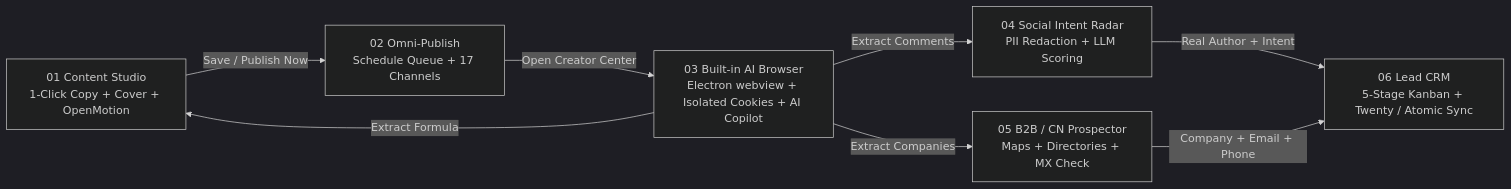
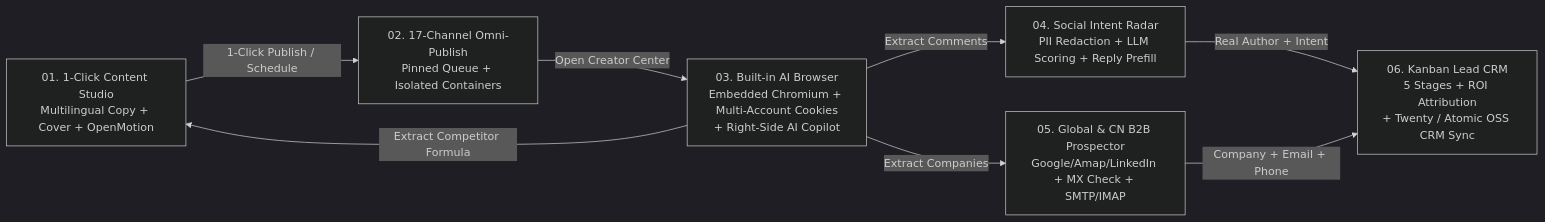
One commit to qiangenping/biaomai-lingshu changed the diagram in README.md. Above: the diagram before and after it, drawn with Mermaid (dark theme). The commit also changed other lines of this file and 2 other files, not shown here.

Commit message:
docs(readme): elevate global README with hero banner, SaaS comparison, full module deep-dive, and plugin matrix

````diff
--- a/README.md
+++ b/README.md
@@ -34,10 +51,10 @@
 ```mermaid
 flowchart LR
-    A["01 Content Studio<br/>1-Click Copy + Cover + OpenMotion"] -->|"Save / Publish Now"| B["02 Omni-Publish<br/>Schedule Queue + 17 Channels"]
-    B -->|"Open Creator Center"| W["03 Built-in AI Browser<br/>Electron webview + Isolated Cookies + AI Copilot"]
-    W -->|"Extract Comments"| C["04 Social Intent Radar<br/>PII Redaction + LLM Scoring"]
-    W -->|"Extract Companies"| D["05 B2B / CN Prospector<br/>Maps + Directories + MX Check"]
-    W -->|"Extract Formula"| A
-    C -->|"Real Author + Intent"| E["06 Lead CRM<br/>5-Stage Kanban + Twenty / Atomic Sync"]
+    A["01. 1-Click Content Studio<br/>Multilingual Copy + Cover + OpenMotion"] -->|"1-Click Publish / Schedule"| B["02. 17-Channel Omni-Publish<br/>Pinned Queue + Isolated Containers"]
+    B -->|"Open Creator Center"| W["03. Built-in AI Browser<br/>Embedded Chromium + Multi-Account Cookies<br/>+ Right-Side AI Copilot"]
+    W -->|"Extract Comments"| C["04. Social Intent Radar<br/>PII Redaction + LLM Scoring + Reply Prefill"]
+    W -->|"Extract Companies"| D["05. Global & CN B2B Prospector<br/>Google/Amap/LinkedIn + MX Check + SMTP/IMAP"]
+    W -->|"Extract Competitor Formula"| A
+    C -->|"Real Author + Intent"| E["06. Kanban Lead CRM<br/>5 Stages + ROI Attribution<br/>+ Twenty / Atomic OSS CRM Sync"]
     D -->|"Company + Email + Phone"| E
 ```
````
